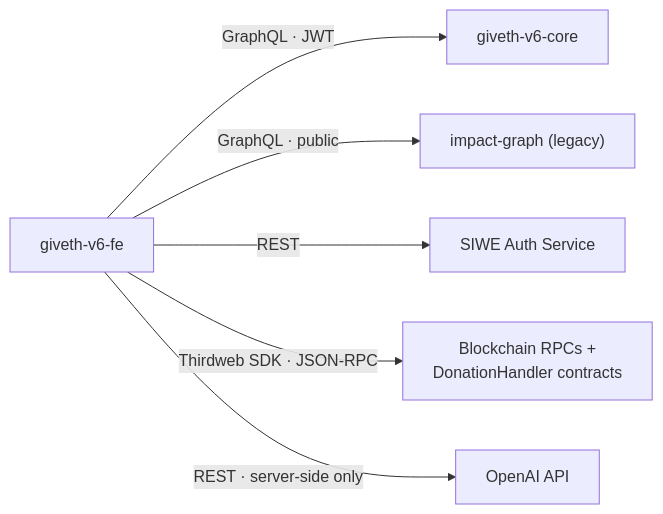
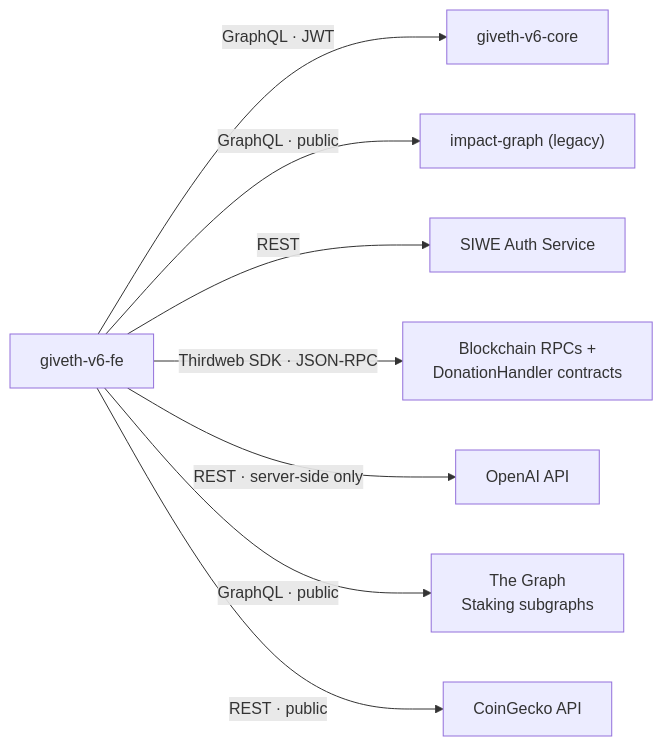
The first of 2 diagrams in docs/EXTERNAL-SERVICES.md (Giveth/giveth-v6-fe), drawn with Mermaid before and after one commit. The commit also changed other lines of this file, not shown here.

Commit message:
docs: enhance external services documentation with new GraphQL and REST API details for The Graph and CoinGecko

````diff
--- a/docs/EXTERNAL-SERVICES.md
+++ b/docs/EXTERNAL-SERVICES.md
@@ -7,10 +7,12 @@
 ```mermaid
 graph LR
   FE["giveth-v6-fe"]
 
   FE -- "GraphQL · JWT" --> CORE["giveth-v6-core"]
   FE -- "GraphQL · public" --> IG["impact-graph (legacy)"]
   FE -- "REST" --> SIWE["SIWE Auth Service"]
   FE -- "Thirdweb SDK · JSON-RPC" --> CHAINS["Blockchain RPCs +<br/>DonationHandler contracts"]
   FE -- "REST · server-side only" --> OPENAI["OpenAI API"]
+  FE -- "GraphQL · public" --> SUBGRAPH["The Graph<br/>Staking subgraphs"]
+  FE -- "REST · public" --> COINGECKO["CoinGecko API"]
 ```
````
